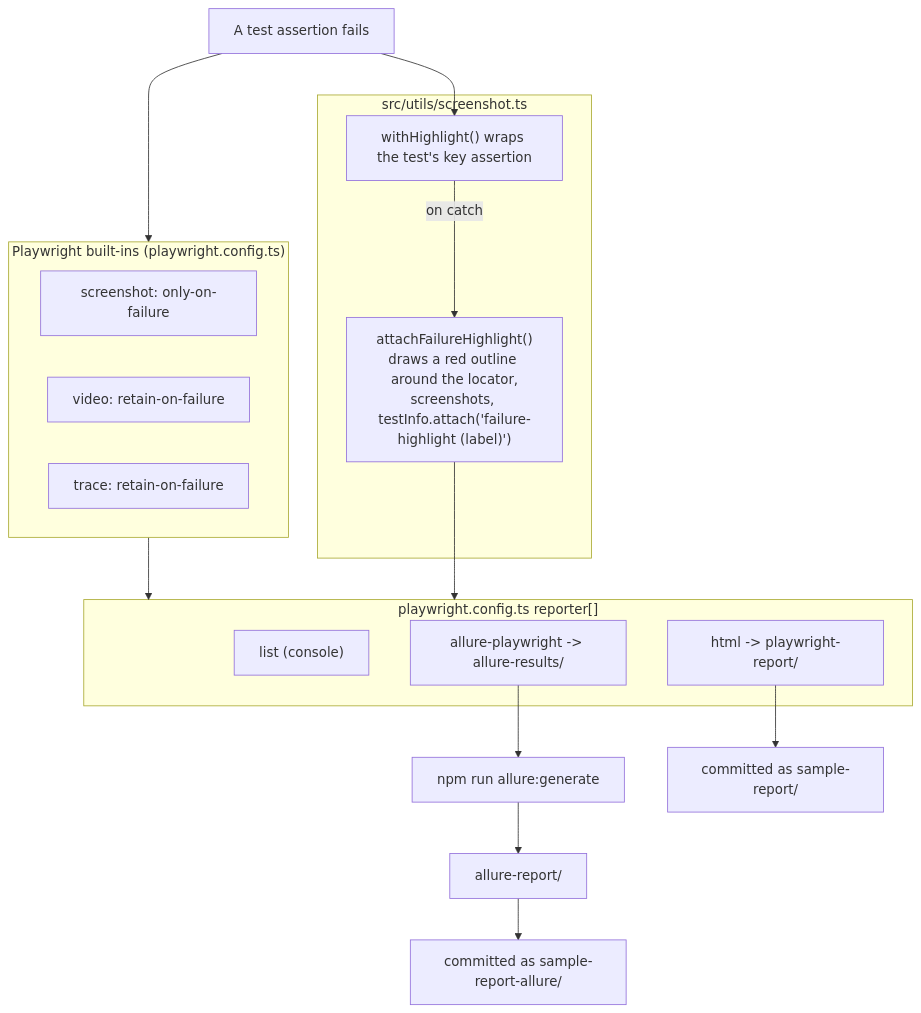
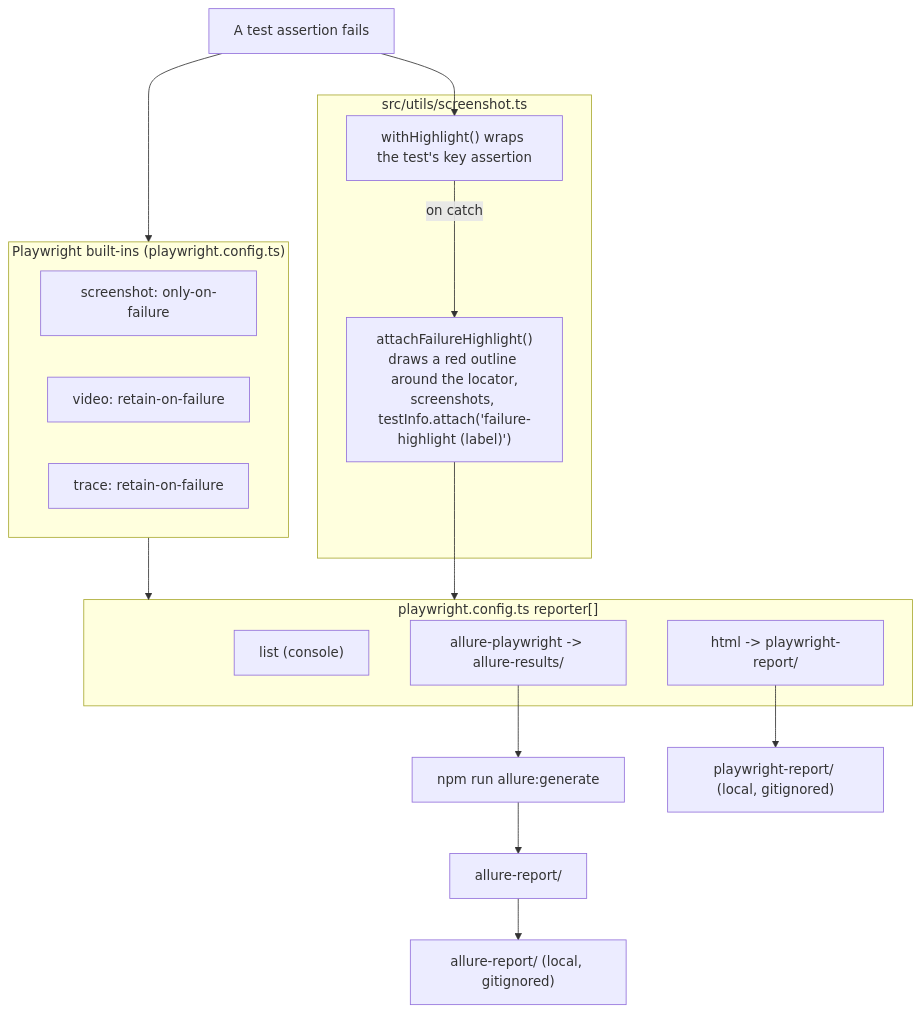
One commit to anuragsharma1098/playwright-automation changed the fifth of 7 diagrams in docs/ARCHITECTURE.md. Above: the diagram before and after it, drawn with Mermaid. The commit also changed other lines of this file and 2 other files, not shown here.

````diff
--- a/docs/ARCHITECTURE.md
+++ b/docs/ARCHITECTURE.md
@@ -225,34 +225,34 @@
 ```mermaid
 flowchart TD
     FAIL["A test assertion fails"]
 
     subgraph Builtin["Playwright built-ins (playwright.config.ts)"]
         SS["screenshot: only-on-failure"]
         VID["video: retain-on-failure"]
         TRACE["trace: retain-on-failure"]
     end
 
     subgraph Custom["src/utils/screenshot.ts"]
         WH["withHighlight() wraps the test's key assertion"]
         AFH["attachFailureHighlight()<br/>draws a red outline around the locator,<br/>screenshots, testInfo.attach('failure-highlight (label)')"]
         WH -->|on catch| AFH
     end
 
     FAIL --> Builtin
     FAIL --> WH
 
     subgraph Reporters["playwright.config.ts reporter[]"]
         LIST["list (console)"]
         HTML["html -> playwright-report/"]
         ALLURE["allure-playwright -> allure-results/"]
     end
 
     Builtin --> Reporters
     AFH --> Reporters
 
     ALLURE --> GEN["npm run allure:generate"]
     GEN --> AREPORT["allure-report/"]
 
-    HTML --> SAMPLE1["committed as sample-report/"]
-    AREPORT --> SAMPLE2["committed as sample-report-allure/"]
+    HTML --> LOCAL1["playwright-report/ (local, gitignored)"]
+    AREPORT --> LOCAL2["allure-report/ (local, gitignored)"]
 ```
````
